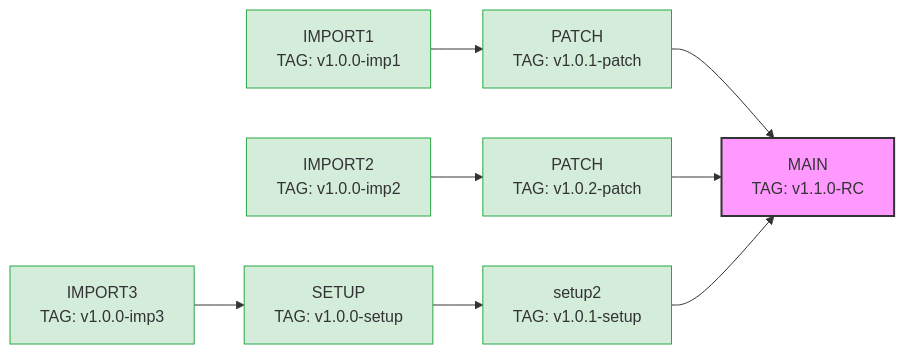
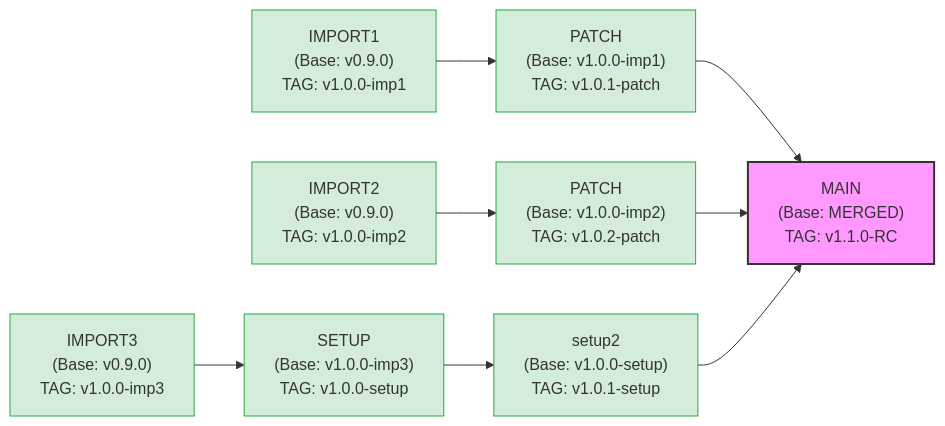
One commit to ysh1380/Releases-Board changed the diagram in WIKI.md. Above: the diagram before and after it, drawn with Mermaid.

Commit message:
docs: update DAG to include base and current TAG information

````diff
--- a/WIKI.md
+++ b/WIKI.md
@@ -35,33 +35,33 @@
 ```mermaid
 graph LR
     %% Branch/Node Definition
-    I1[IMPORT1<br/>TAG: v1.0.0-imp1]
-    I2[IMPORT2<br/>TAG: v1.0.0-imp2]
-    I3[IMPORT3<br/>TAG: v1.0.0-imp3]
+    I1["IMPORT1<br/>(Base: v0.9.0)<br/>TAG: v1.0.0-imp1"]
+    I2["IMPORT2<br/>(Base: v0.9.0)<br/>TAG: v1.0.0-imp2"]
+    I3["IMPORT3<br/>(Base: v0.9.0)<br/>TAG: v1.0.0-imp3"]
     
-    P1[PATCH<br/>TAG: v1.0.1-patch]
-    P2[PATCH<br/>TAG: v1.0.2-patch]
+    P1["PATCH<br/>(Base: v1.0.0-imp1)<br/>TAG: v1.0.1-patch"]
+    P2["PATCH<br/>(Base: v1.0.0-imp2)<br/>TAG: v1.0.2-patch"]
     
-    S1[SETUP<br/>TAG: v1.0.0-setup]
-    S2[setup2<br/>TAG: v1.0.1-setup]
+    S1["SETUP<br/>(Base: v1.0.0-imp3)<br/>TAG: v1.0.0-setup"]
+    S2["setup2<br/>(Base: v1.0.0-setup)<br/>TAG: v1.0.1-setup"]
     
-    M[MAIN<br/>TAG: v1.1.0-RC]
+    M["MAIN<br/>(Base: MERGED)<br/>TAG: v1.1.0-RC"]
 
     %% Flow Definitions
     I1 --> P1
     P1 --> M
     
     I2 --> P2
     P2 --> M
     
     I3 --> S1
     S1 --> S2
     S2 --> M
     
     %% Styling
     classDef main fill:#f9f,stroke:#333,stroke-width:2px;
     classDef tag fill:#d4edda,stroke:#28a745,stroke-width:1px;
     
     class M main;
     class I1,I2,I3,P1,P2,S1,S2 tag;
 ```
````
